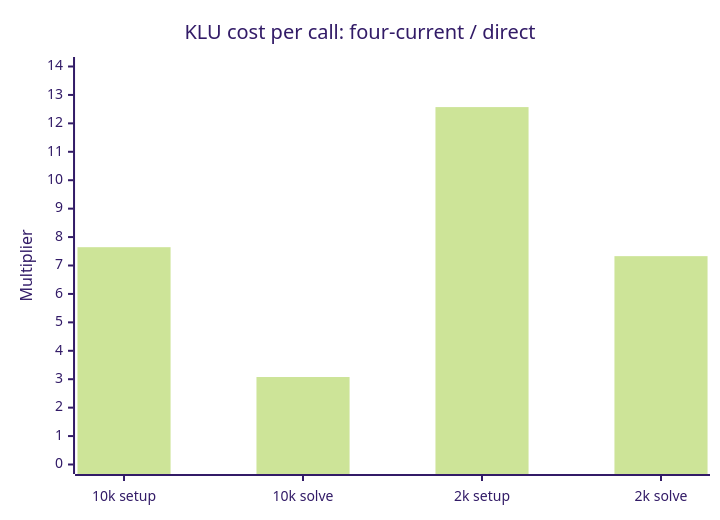
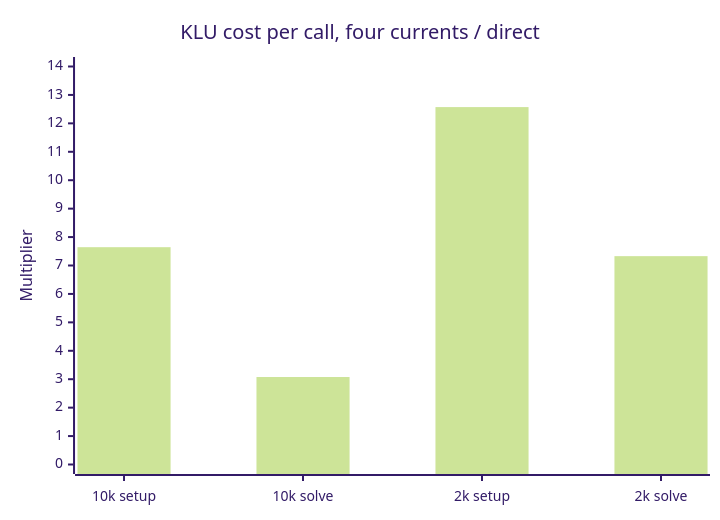
Before and after one commit to ORNL/GridKit: the diagram in benchmark/network-current/REPORT.md, drawn with Mermaid (forest theme). The commit also changed other lines of this file, not shown here.

````diff
--- a/benchmark/network-current/REPORT.md
+++ b/benchmark/network-current/REPORT.md
@@ -47,7 +26,7 @@
 ```mermaid
 xychart-beta
-    title "KLU cost per call: four-current / direct"
+    title "KLU cost per call, four currents / direct"
     x-axis ["10k setup", "10k solve", "2k setup", "2k solve"]
     y-axis "Multiplier" 0 --> 14
     bar [7.644, 3.077, 12.572, 7.329]
 ```
````
